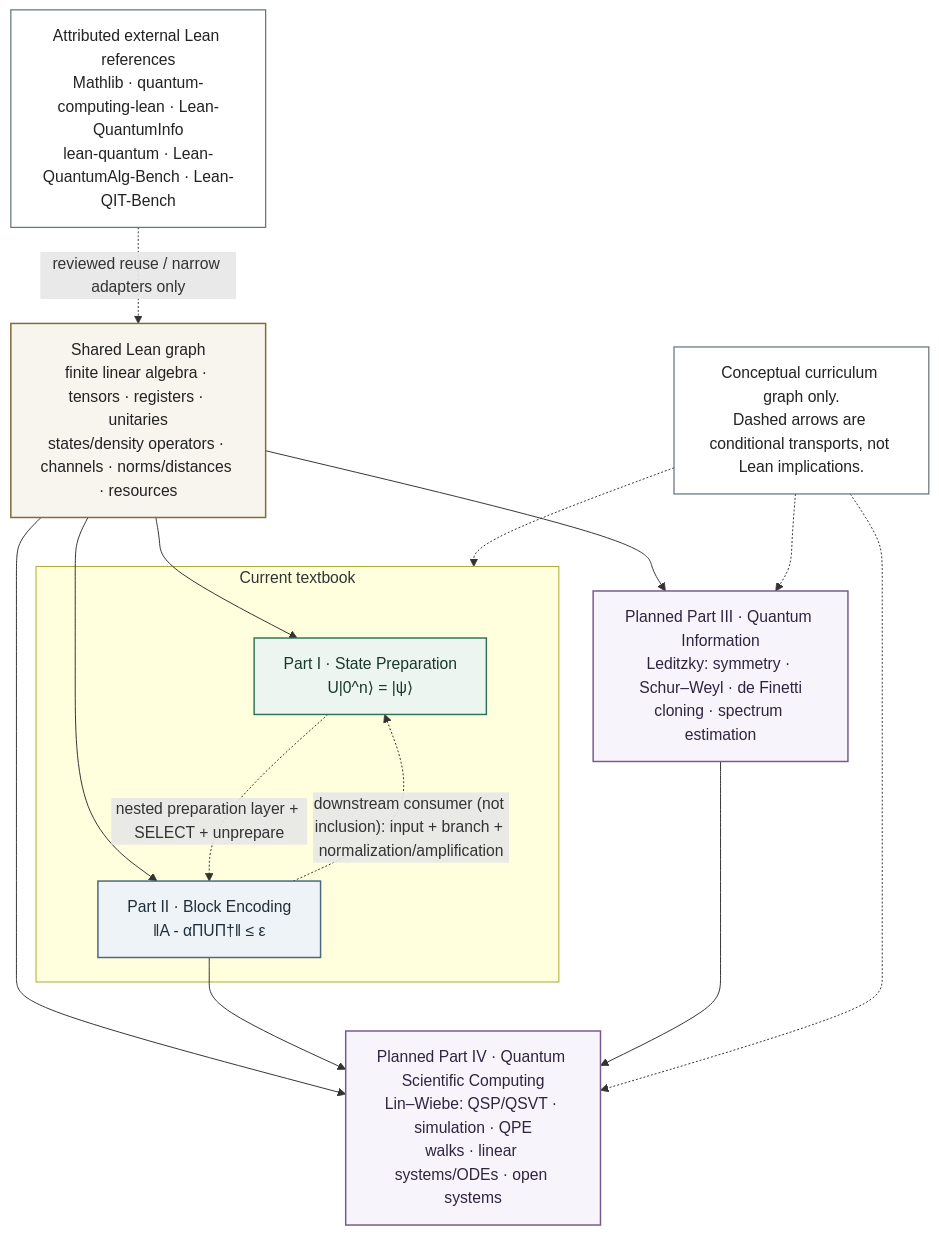
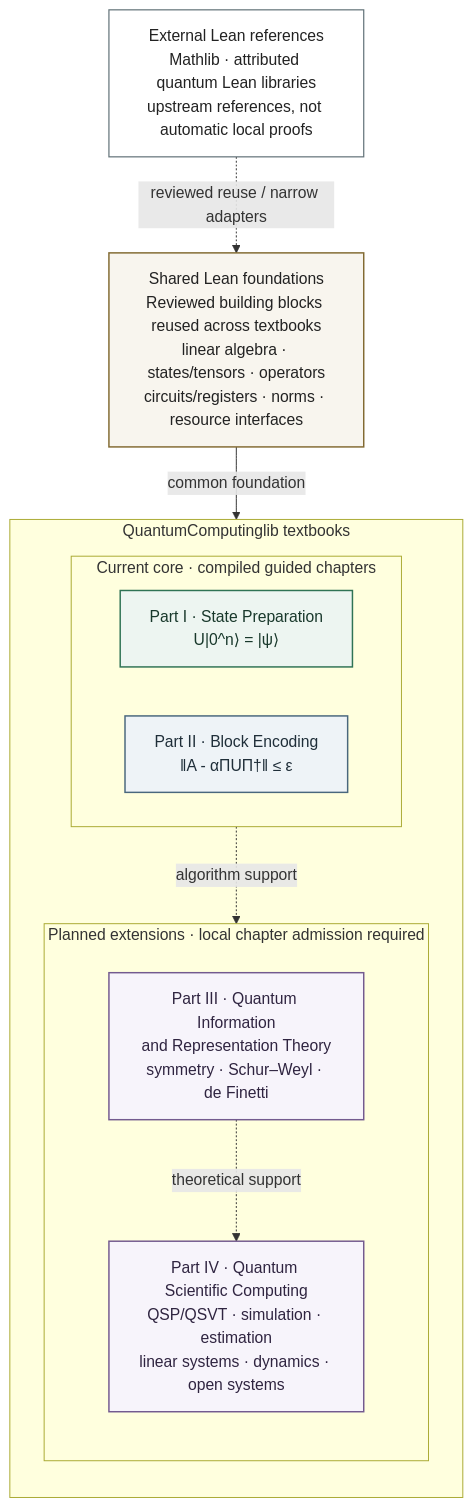
Before and after one commit to DakeBU/Quantum-Computing-Block-Encoding: the diagram in website/diagrams/quantum-domain-roadmap.mmd, drawn with Mermaid. The commit also changed 4 other files, not shown here.

Commit message:
Clarify shared Lean foundations and simplify curriculum diagram

```diff
--- a/website/diagrams/quantum-domain-roadmap.mmd
+++ b/website/diagrams/quantum-domain-roadmap.mmd
@@ -1,38 +1,36 @@
 flowchart TB
-  CORE["Shared Lean graph<br/>finite linear algebra · tensors · registers · unitaries<br/>states/density operators · channels · norms/distances · resources"]
+  accTitle: QuantumComputinglib textbooks and shared Lean foundations
+  accDescr: External Lean references enter shared foundations only through reviewed reuse or narrow adapters. The textbooks reuse these foundations. State Preparation and Block Encoding are the current core; Quantum Information and Scientific Computing are planned extensions. Conditional algorithm and theory support lead into Scientific Computing. These are curriculum relationships, not Lean theorem implications.
 
-  subgraph CURRENT["Current textbook"]
-    SP["Part I · State Preparation<br/>U|0^n⟩ = |ψ⟩"]
-    BE["Part II · Block Encoding<br/>‖A - αΠUΠ†‖ ≤ ε"]
+  EXT["External Lean references<br/>Mathlib · attributed quantum Lean libraries<br/>upstream references, not automatic local proofs"]
+  CORE["Shared Lean foundations<br/>Reviewed building blocks reused across textbooks<br/>linear algebra · states/tensors · operators<br/>circuits/registers · norms · resource interfaces"]
+
+  subgraph TEXTBOOK["QuantumComputinglib textbooks"]
+    direction TB
+    subgraph CURRENT["Current core · compiled guided chapters"]
+      direction LR
+      SP["Part I · State Preparation<br/>U|0^n⟩ = |ψ⟩"]
+      BE["Part II · Block Encoding<br/>‖A - αΠUΠ†‖ ≤ ε"]
+    end
+    subgraph PLANNED["Planned extensions · local chapter admission required"]
+      direction TB
+      QIT["Part III · Quantum Information<br/>and Representation Theory<br/>symmetry · Schur–Weyl · de Finetti"]
+      SCI["Part IV · Quantum Scientific Computing<br/>QSP/QSVT · simulation · estimation<br/>linear systems · dynamics · open systems"]
+    end
   end
 
-  QIT["Planned Part III · Quantum Information<br/>Leditzky: symmetry · Schur–Weyl · de Finetti<br/>cloning · spectrum estimation"]
-  SCI["Planned Part IV · Quantum Scientific Computing<br/>Lin–Wiebe: QSP/QSVT · simulation · QPE<br/>walks · linear systems/ODEs · open systems"]
-
-  EXT["Attributed external Lean references<br/>Mathlib · quantum-computing-lean · Lean-QuantumInfo<br/>lean-quantum · Lean-QuantumAlg-Bench · Lean-QIT-Bench"]
-
-  CORE --> SP
-  CORE --> BE
-  CORE --> QIT
-  CORE --> SCI
-  SP -. "nested preparation layer + SELECT + unprepare" .-> BE
-  BE -. "downstream consumer (not inclusion): input + branch + normalization/amplification" .-> SP
-  BE --> SCI
-  QIT --> SCI
-  EXT -. "reviewed reuse / narrow adapters only" .-> CORE
-
-  NOTE["Conceptual curriculum graph only.<br/>Dashed arrows are conditional transports, not Lean implications."]
-  NOTE -.-> CURRENT
-  NOTE -.-> QIT
-  NOTE -.-> SCI
+  EXT -. "reviewed reuse / narrow adapters" .-> CORE
+  CORE -->|common foundation| TEXTBOOK
+  BE -. "algorithm support" .-> SCI
+  QIT -. "theoretical support" .-> SCI
 
   classDef core fill:#f8f5ee,stroke:#826a32,color:#222222,stroke-width:1.5px;
   classDef state fill:#edf5f1,stroke:#2f7355,color:#18382b,stroke-width:1.5px;
   classDef block fill:#eef3f7,stroke:#49677d,color:#1f2e39,stroke-width:1.5px;
   classDef future fill:#f7f4fb,stroke:#735a8f,color:#2f2440,stroke-width:1.5px;
   classDef external fill:#ffffff,stroke:#64747a,color:#222222,stroke-width:1.25px;
   class CORE core;
   class SP state;
   class BE block;
   class QIT,SCI future;
-  class EXT,NOTE external;
+  class EXT external;
```
